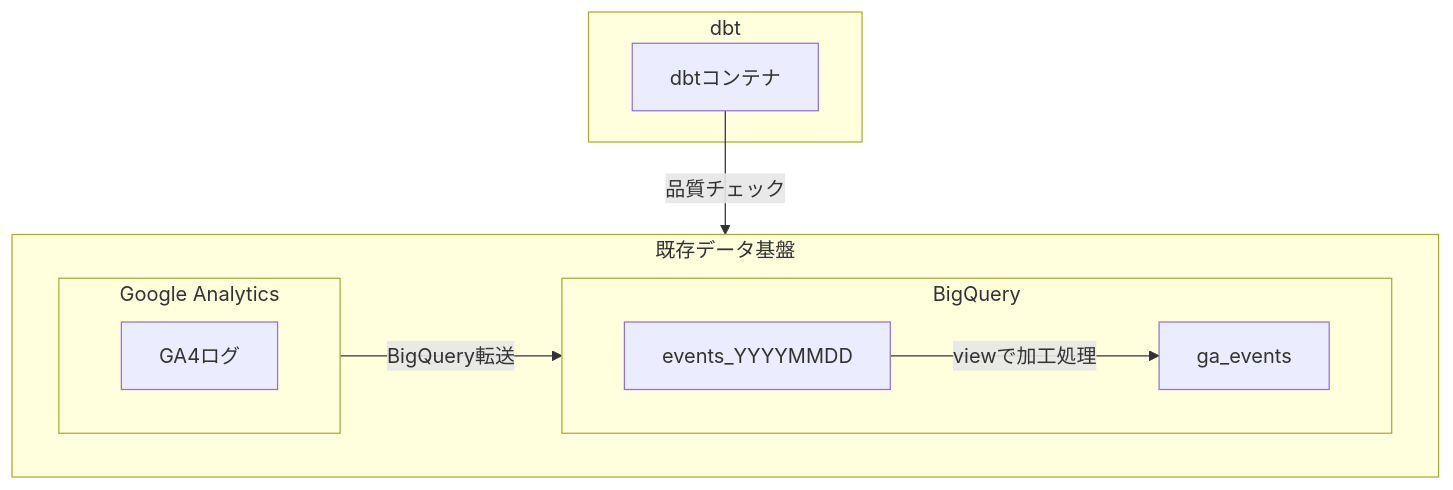
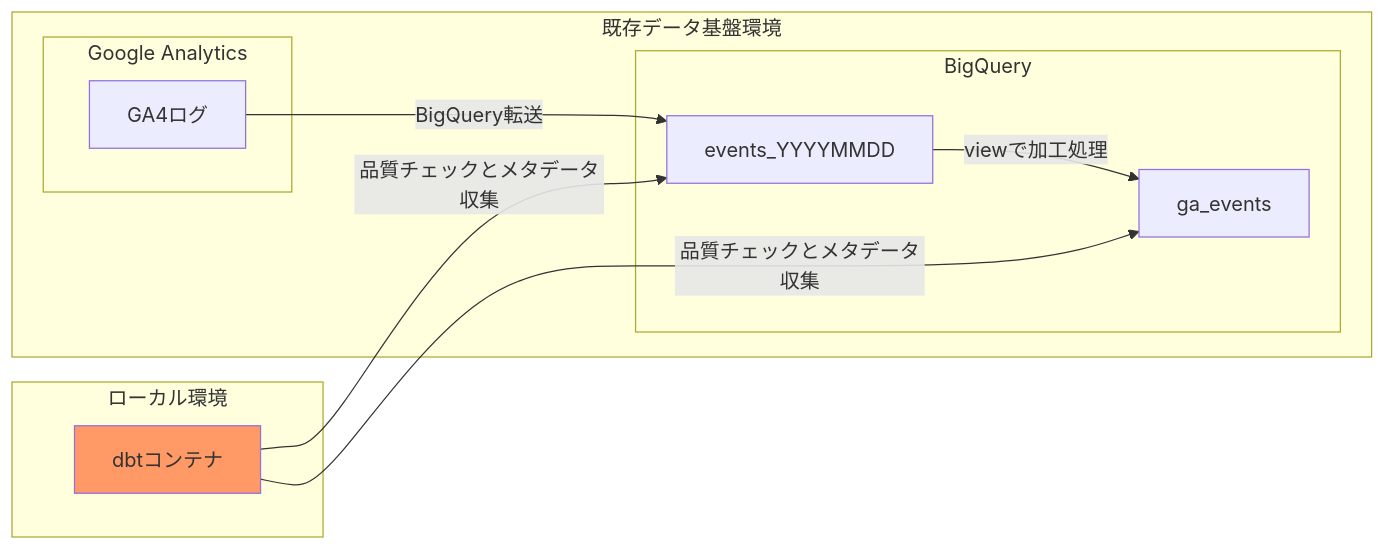
The diagram in articles/20211015-opt-in-dbt.md (mjunya1030/mj-zenn), drawn with Mermaid before and after one commit. The commit also changed other lines of this file, not shown here.

````diff
--- a/articles/20211015-opt-in-dbt.md
+++ b/articles/20211015-opt-in-dbt.md
@@ -88,24 +88,20 @@
 ```mermaid
 
-flowchart TB;
-    subgraph 既存データ基盤
-        direction LR
+flowchart LR;
+    subgraph 既存データ基盤環境
         subgraph Google Analytics;
-            direction LR
             GA4ログ;
         end
         subgraph BigQuery
-            direction LR
             GA4ログ -- BigQuery転送 --> events_YYYYMMDD;
-            direction LR
             events_YYYYMMDD -- viewで加工処理 --> ga_events;
         end
     end
 
-    subgraph dbt;
-        dbtコンテナ -- 品質チェック --> events_YYYYMMDD;
+    subgraph ローカル環境;
+        dbtコンテナ:::dbtclass -- 品質チェックとメタデータ収集 --> events_YYYYMMDD;
+        dbtコンテナ:::dbtclass -- 品質チェックとメタデータ収集 --> ga_events;
     end
-
-
+classDef dbtclass fill:#f96;
 
 ```
````
